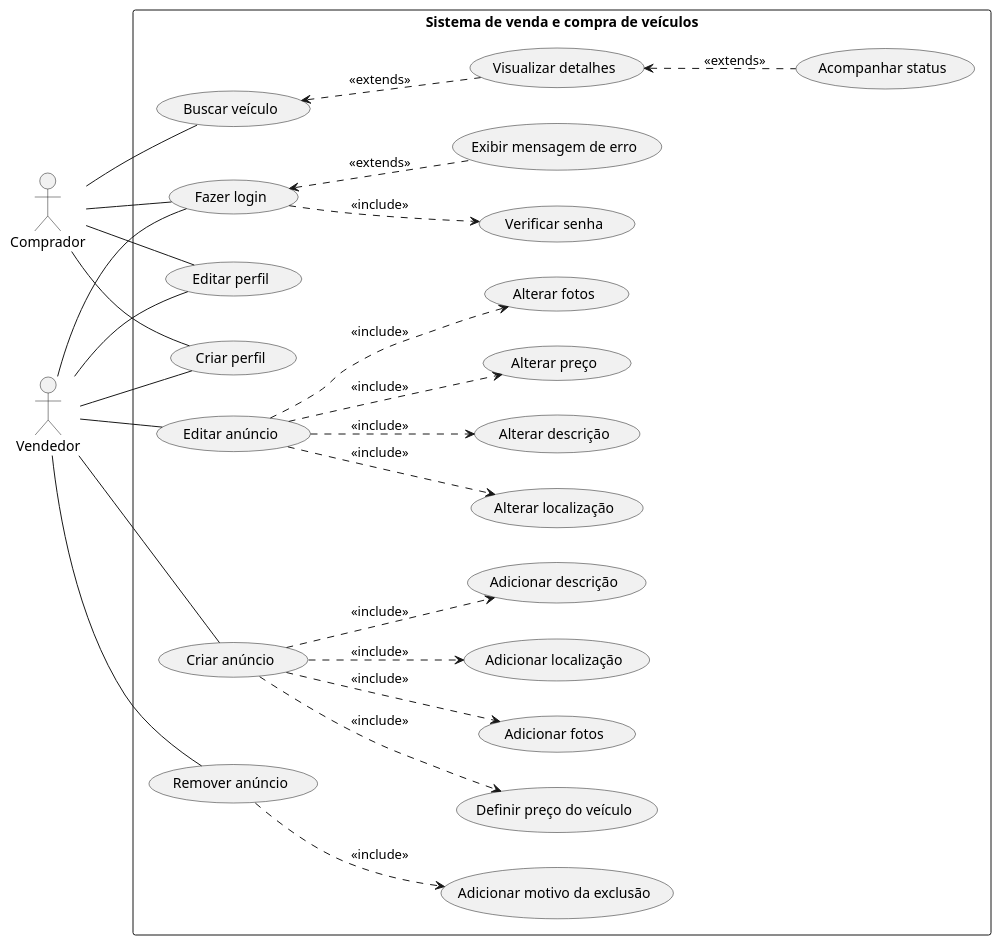
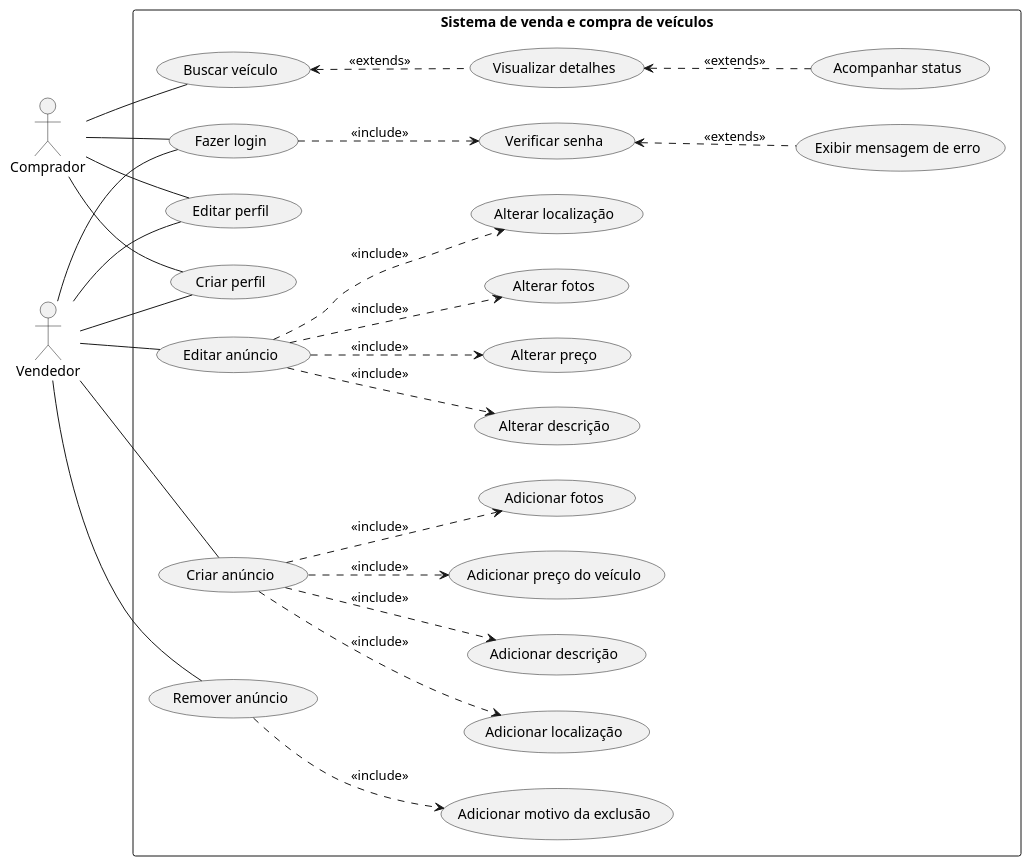
Before and after one commit to guilhermeoliveirateo/sistema-compra-venda-veiculos: the diagram in uc_fluxo_sistema.md, drawn with PlantUML. The commit also changed other lines of this file, not shown here.

````diff
--- a/uc_fluxo_sistema.md
+++ b/uc_fluxo_sistema.md
@@ -9,56 +9,56 @@
 ``` plantuml
 @startuml 
 
 left to right direction
 actor "Comprador" as comprador
 actor "Vendedor" as vendedor
 
 rectangle "Sistema de venda e compra de veículos"{
 usecase "Fazer login" as uc1
 usecase "Editar perfil" as uc2
 usecase "Criar anúncio" as uc3
 usecase "Editar anúncio" as uc4
 usecase "Remover anúncio" as uc5
 usecase "Buscar veículo" as uc6
 usecase "Verificar senha" as uc7
 usecase "Exibir mensagem de erro" as uc8
 usecase "Adicionar descrição" as uc9
-usecase "Definir preço do veículo" as uc10
+usecase "Adicionar preço do veículo" as uc10
 usecase "Alterar descrição" as uc11
 usecase "Alterar preço" as uc12
 usecase "Adicionar motivo da exclusão" as uc13
 usecase "Visualizar detalhes" as uc14
 usecase "Acompanhar status" as uc15
 usecase "Criar perfil" as uc16
 usecase "Adicionar fotos" as uc17
 usecase "Adicionar localização" as uc18
 usecase "Alterar fotos" as uc19
 usecase "Alterar localização" as uc20
 }
 
 vendedor -- uc16
 comprador -- uc16
 vendedor -- uc1
 comprador -- uc1
 uc1 ..> uc7 :<<include>>
-uc1 <.. uc8 :<<extends>>
+uc7 <.. uc8 :<<extends>>
 vendedor -- uc2
 comprador -- uc2
 vendedor -- uc3
 uc3 ..> uc9 :<<include>>
 uc3 ..> uc10 :<<include>>
 uc3 ..> uc17 :<<include>>
 uc3 ..> uc18 :<<include>>
 vendedor -- uc4
 uc4 ..> uc11 :<<include>>
 uc4 ..> uc12 :<<include>>
 uc4 ..> uc19 :<<include>>
 uc4 ..> uc20 :<<include>>
 vendedor -- uc5
 uc5 ..> uc13 :<<include>>
 comprador -- uc6
 uc6 <.. uc14 :<<extends>>
 uc14 <.. uc15 :<<extends>>
  
 @enduml
 ```
````
